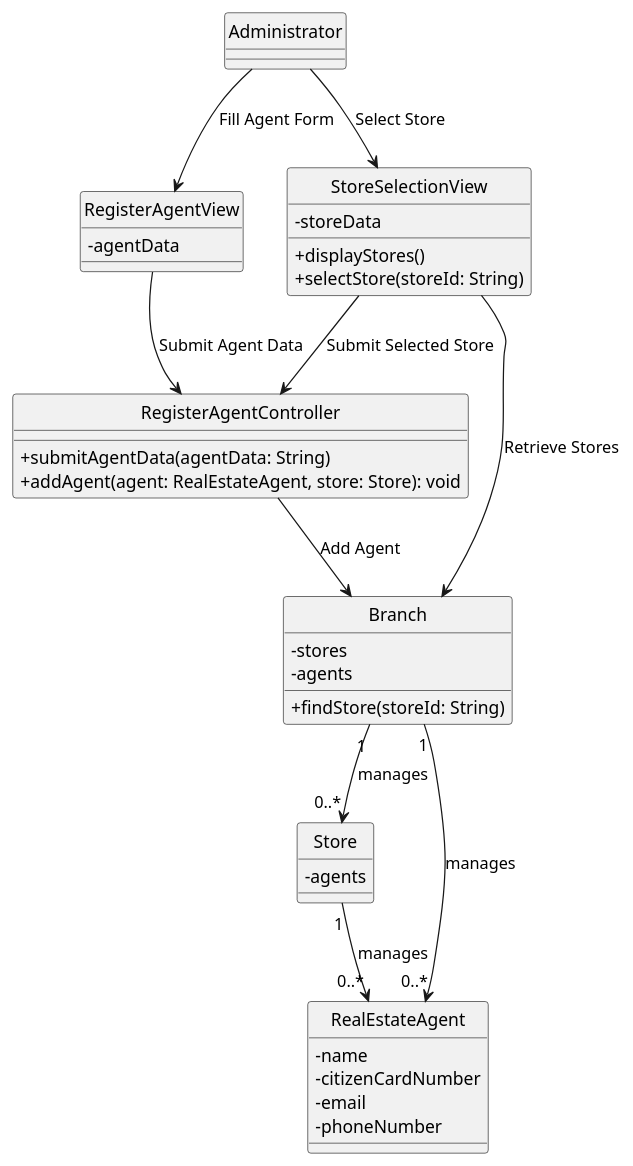
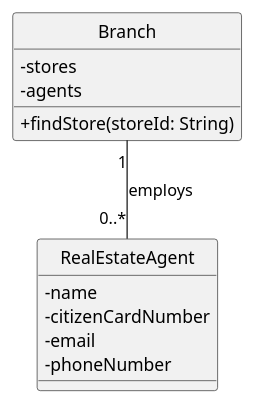
Before and after one commit to goncalomaia18/leti-esoft-24-25-A2: the diagram in docs/Sprint2/US11/US11-MD.puml, drawn with PlantUML. The commit also changed 8 other files, not shown here.

```diff
--- a/docs/Sprint2/US11/US11-MD.puml
+++ b/docs/Sprint2/US11/US11-MD.puml
@@ -1,48 +1,26 @@
 @startuml
 'https://plantuml.com/class-diagram
 hide circle
 skinparam classAttributeIconSize 0
 
-class RegisterAgentController {
-+submitAgentData(agentData: String)
- +addAgent(agent: RealEstateAgent, store: Store): void
-}
 
-class RegisterAgentView {
-    - agentData
-}
-
-class StoreSelectionView {
-    - storeData
-    + displayStores()
-    + selectStore(storeId: String)
-}
 
 class Branch {
     - stores
     - agents
     + findStore(storeId: String)
 }
 
-class Store {
-    - agents
-}
 
 class RealEstateAgent {
     - name
     - citizenCardNumber
     - email
     - phoneNumber
 }
 
 ' Relationships
-Administrator --> RegisterAgentView : "Fill Agent Form"
-RegisterAgentView --> RegisterAgentController : "Submit Agent Data"
-RegisterAgentController --> Branch : "Add Agent"
-Administrator --> StoreSelectionView : "Select Store"
-StoreSelectionView --> Branch : "Retrieve Stores"
-StoreSelectionView --> RegisterAgentController : "Submit Selected Store"
-Branch "1" --> "0..*" Store : manages
-Branch "1" --> "0..*" RealEstateAgent : manages
-Store "1" --> "0..*" RealEstateAgent : manages
+
+Branch "1" -- "0..*" RealEstateAgent : employs
+
 @enduml
```
